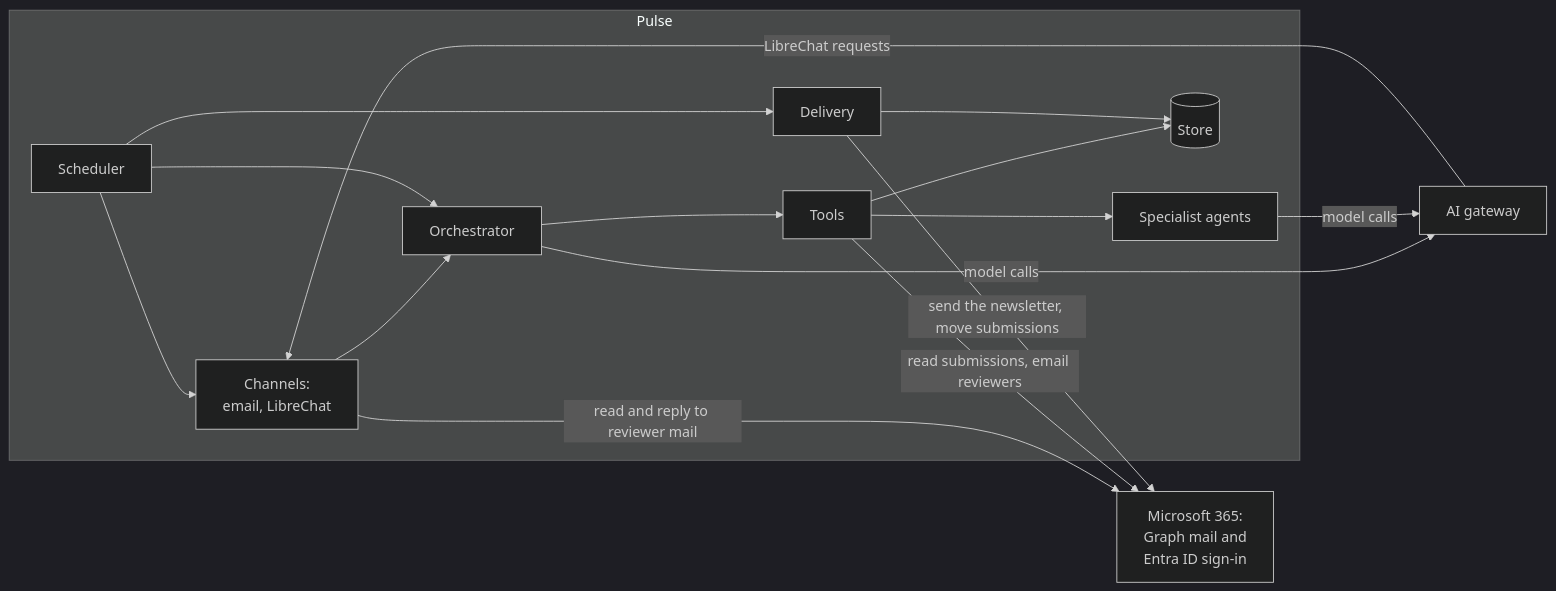
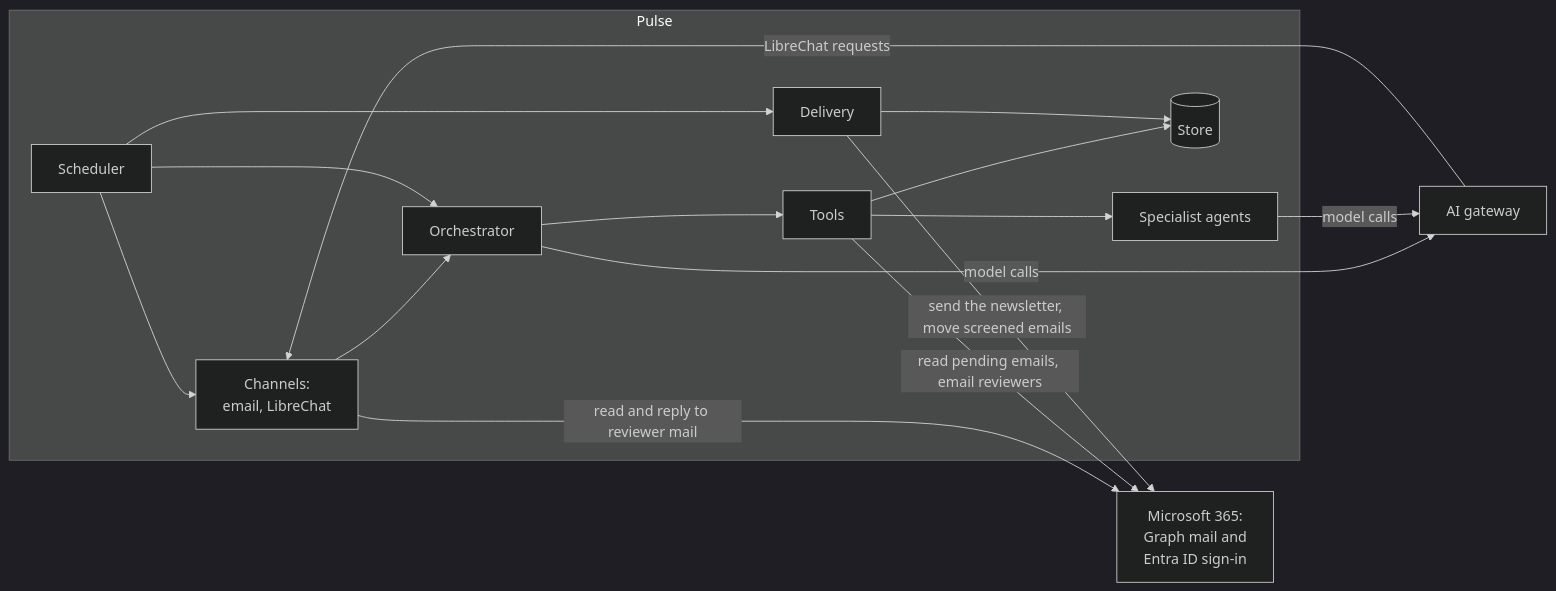
Before and after one commit to TecharyBenN/techary-pulse: the first of 2 diagrams in docs/techary-pulse-design.md, drawn with Mermaid (dark theme). The commit also changed other lines of this file and 37 other files, not shown here.

Commit message:
Consolidator, items tools and screened email naming

````diff
--- a/docs/techary-pulse-design.md
+++ b/docs/techary-pulse-design.md
@@ -35,28 +35,28 @@
 ```mermaid
 flowchart LR
     subgraph PULSE["Pulse"]
         CH["Channels:<br/>email, LibreChat"]
         SC["Scheduler"]
         OR["Orchestrator"]
         TL["Tools"]
         SP["Specialist agents"]
         DL["Delivery"]
         DB[("Store")]
         CH --> OR
         SC --> CH
         SC --> OR
         SC --> DL
         OR --> TL
         TL --> SP
         TL --> DB
         DL --> DB
     end
     GW["AI gateway"]
     M365["Microsoft 365:<br/>Graph mail and<br/>Entra ID sign-in"]
     GW -- "LibreChat requests" --> CH
     OR -- "model calls" --> GW
     SP -- "model calls" --> GW
     CH -- "read and reply to reviewer mail" --> M365
-    TL -- "read submissions, email reviewers" --> M365
-    DL -- "send the newsletter, move submissions" --> M365
+    TL -- "read pending emails, email reviewers" --> M365
+    DL -- "send the newsletter, move screened emails" --> M365
 ```
````
